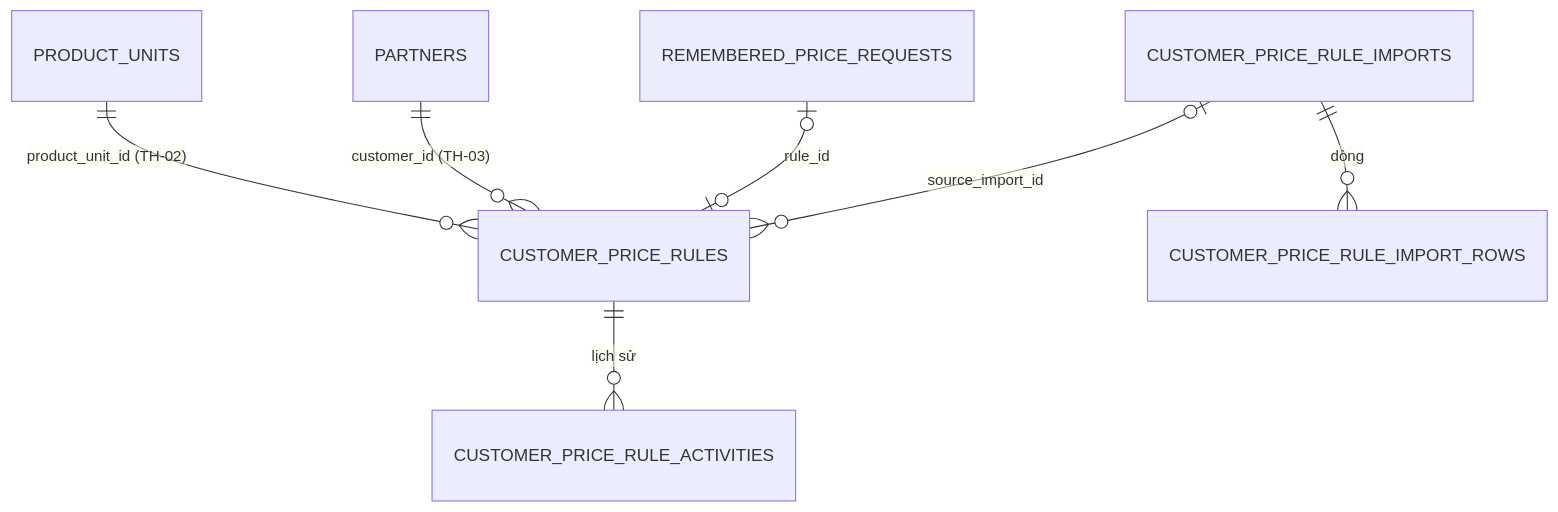
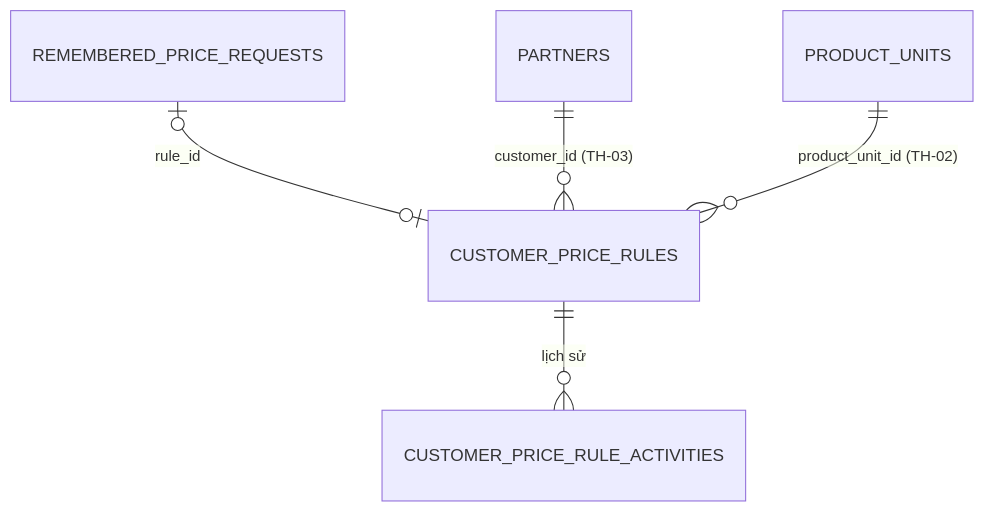
The diagram in docs/02-yeu-cau/TH-04-chinh-sach-gia.md (DsChien102/erp-sales-inventory), drawn with Mermaid before and after one commit. The commit also changed other lines of this file and 2 other files, not shown here.

````diff
--- a/docs/02-yeu-cau/TH-04-chinh-sach-gia.md
+++ b/docs/02-yeu-cau/TH-04-chinh-sach-gia.md
@@ -244,9 +245,7 @@
 ```mermaid
 erDiagram
     CUSTOMER_PRICE_RULES ||--o{ CUSTOMER_PRICE_RULE_ACTIVITIES : "lịch sử"
-    CUSTOMER_PRICE_RULE_IMPORTS ||--o{ CUSTOMER_PRICE_RULE_IMPORT_ROWS : "dòng"
-    CUSTOMER_PRICE_RULE_IMPORTS |o--o{ CUSTOMER_PRICE_RULES : "source_import_id"
     REMEMBERED_PRICE_REQUESTS |o--o| CUSTOMER_PRICE_RULES : "rule_id"
     PARTNERS ||--o{ CUSTOMER_PRICE_RULES : "customer_id (TH-03)"
     PRODUCT_UNITS ||--o{ CUSTOMER_PRICE_RULES : "product_unit_id (TH-02)"
 ```
````
